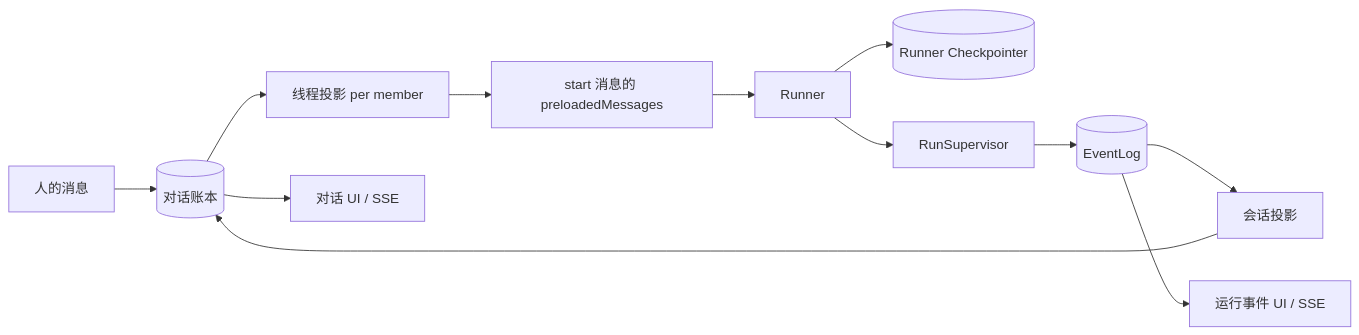
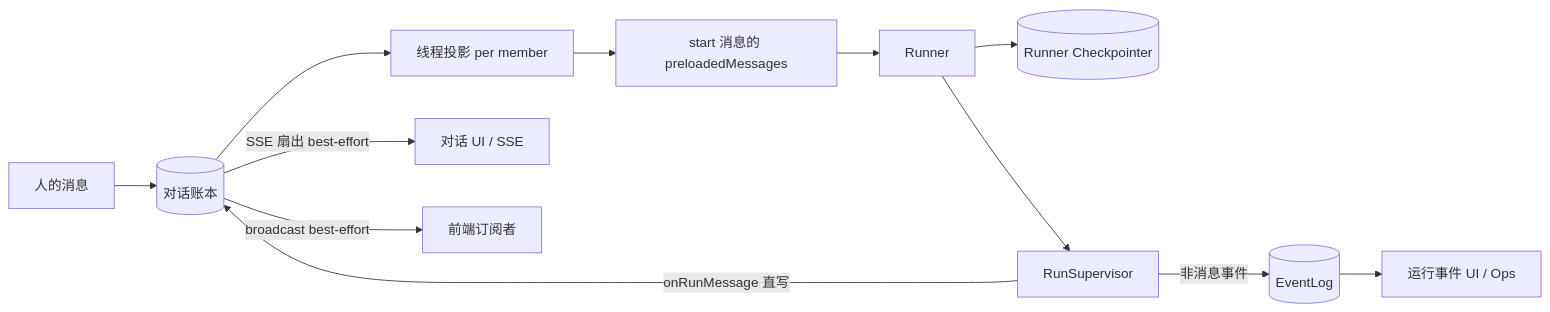
One commit to Chengchcc/my-agent-team changed the diagram in docs/architecture/foundations/facts-and-projections.md. Above: the diagram before and after it, drawn with Mermaid. The commit also changed other lines of this file and 6 other files, not shown here.

First line of the commit message:
docs: update architecture pages to post-M17.5 reality

````diff
--- a/docs/architecture/foundations/facts-and-projections.md
+++ b/docs/architecture/foundations/facts-and-projections.md
@@ -40,14 +42,14 @@
 ```mermaid
 flowchart LR
   Human[人的消息] --> Ledger[(对话账本)]
+  Sup[RunSupervisor] -->|onRunMessage 直写| Ledger
   Ledger --> TP[线程投影 per member]
   TP --> Spec[start 消息的 preloadedMessages]
   Spec --> Runner[Runner]
   Runner --> CKPT[(Runner Checkpointer)]
-  Runner --> Sup[RunSupervisor]
-  Sup --> EventLog[(EventLog)]
-  EventLog --> Projection[会话投影]
-  Projection --> Ledger
-  EventLog --> RunUI[运行事件 UI / SSE]
-  Ledger --> ConvUI[对话 UI / SSE]
+  Runner --> Sup
+  Sup -->|非消息事件| EventLog[(EventLog)]
+  EventLog --> RunUI[运行事件 UI / Ops]
+  Ledger -->|SSE 扇出 best-effort| ConvUI[对话 UI / SSE]
+  Ledger -->|broadcast best-effort| Fanout[前端订阅者]
 ```
````
